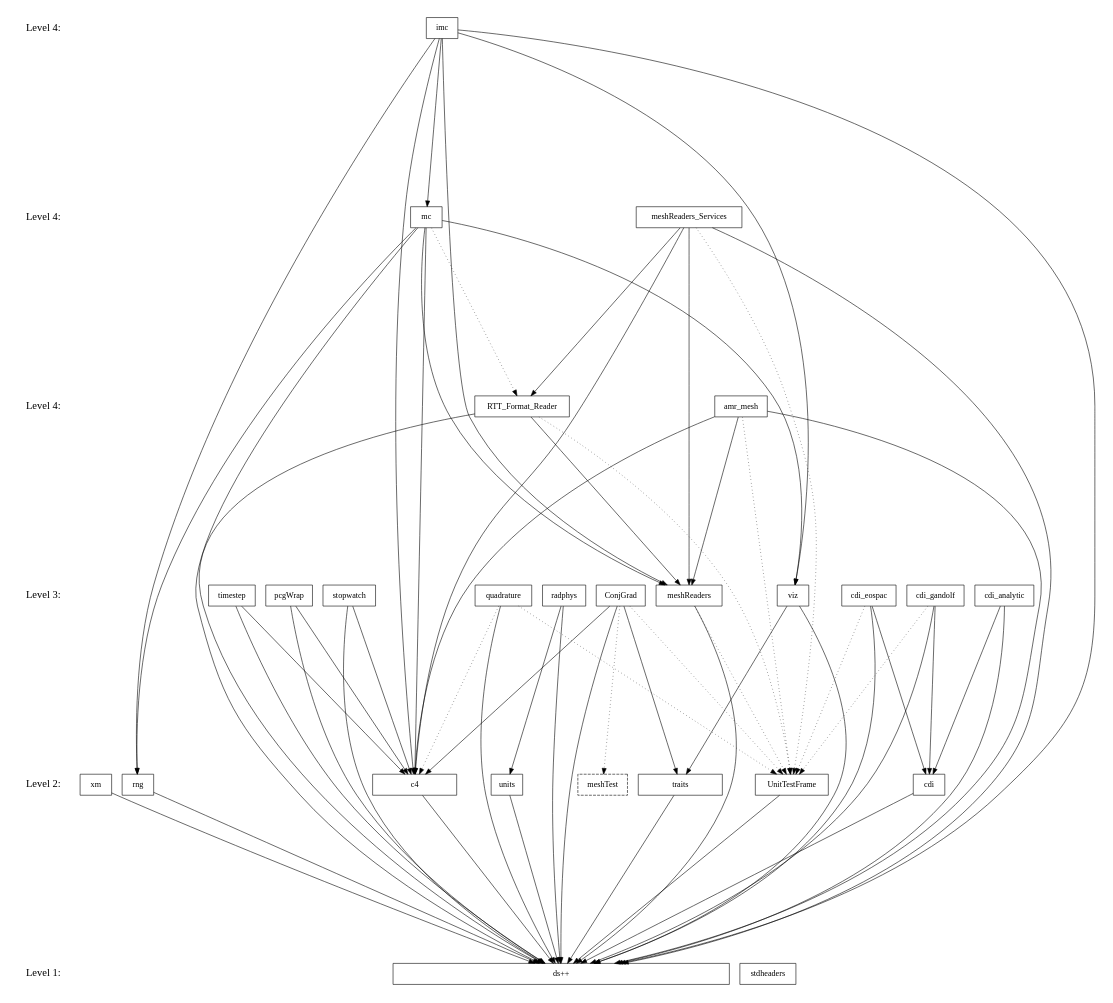
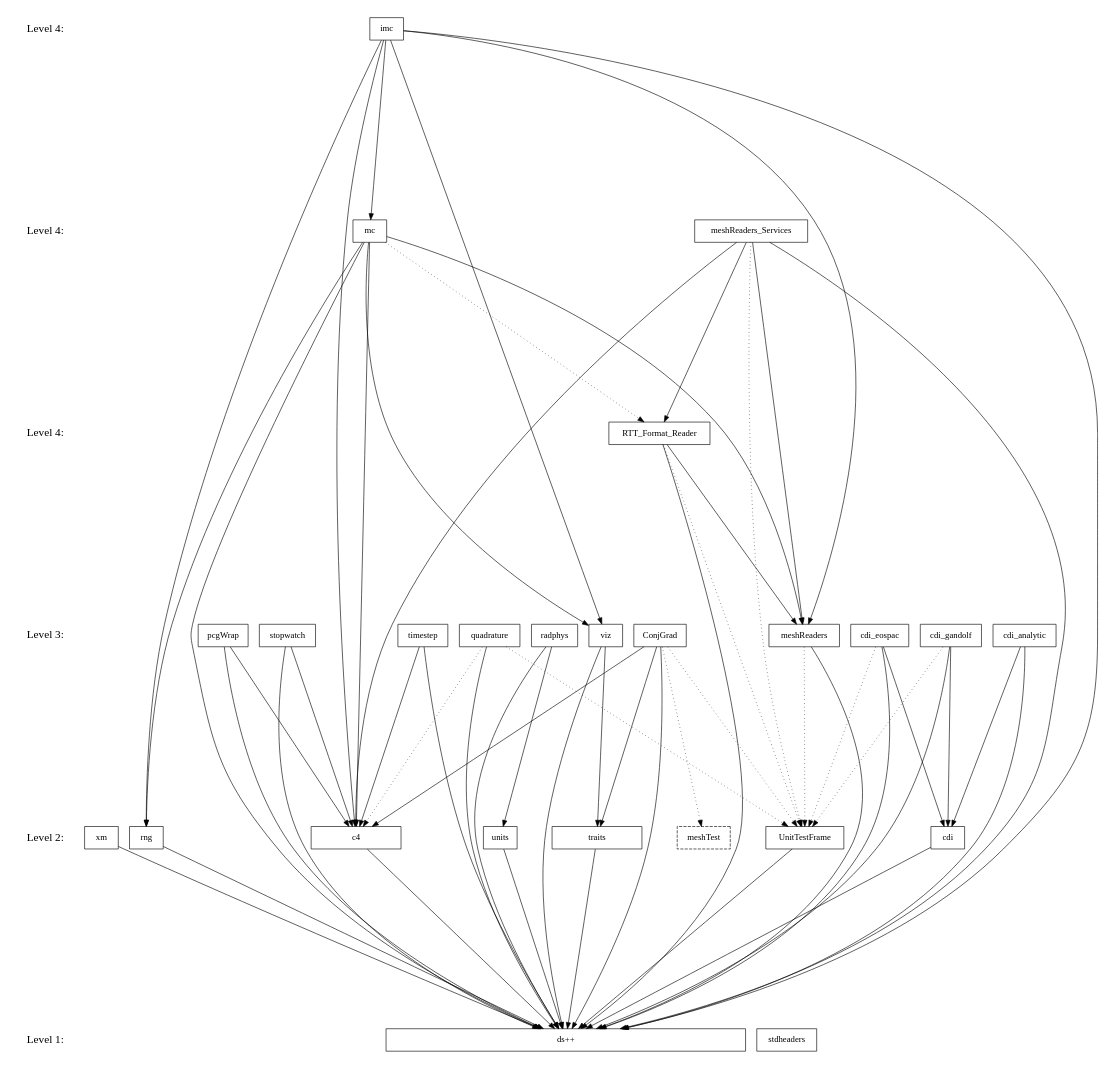
One commit to losalamos/Draco changed the diagram in doc/design/level.dot. Above: the diagram before and after it, drawn with Graphviz. The commit also changed other lines of this file and 1 other file, not shown here.

Commit message:
Removed amr_mesh from levelization diagram.
QED

```diff
--- a/doc/design/level.dot
+++ b/doc/design/level.dot
@@ -1,110 +1,107 @@
 digraph draco_level {
     /* graph attributes */
     center=1;
     size="7.5,10";
     ranksep=4;
     
     /* levels */
     level1 [shape=plaintext, label="Level 1:", fontsize=18];
     level2 [shape=plaintext, label="Level 2:", fontsize=18];
     level3 [shape=plaintext, label="Level 3:", fontsize=18];
     level4 [shape=plaintext, label="Level 4:", fontsize=18];
     level5 [shape=plaintext, label="Level 4:", fontsize=18];
     level6 [shape=plaintext, label="Level 4:", fontsize=18];
     
     level6 -> level5 -> level4 -> level3 -> level2 -> level1 [style=invis];
     
     /* packages */
     
     /* level 1 */
     dsxx [shape=box, label="ds++", width=8];
     stdheaders [shape=box, label="stdheaders"];
     
     /* level 2 */
     traits [shape=box, label="traits" width=2];
     xm [shape=box, label="xm"];
     c4 [shape=box, label="c4", width=2];
     rng [shape=box, label="rng"];
     units [shape=box, label="units"];
     frame [shape=box, label="UnitTestFrame"];
     cdi [shape=box, label="cdi"];
     
     meshtest [shape=box, label="meshTest", style=dashed];
     
     /* level 3 */
     viz [shape=box, label="viz"];
     radphys [shape=box, label="radphys"];
     timestep [shape=box, label="timestep"];
     quad [shape=box, label="quadrature"];
     meshread [shape=box, label="meshReaders"];
     cdianal [shape=box, label="cdi_analytic"];
     cdieos [shape=box, label="cdi_eospac"];
     cdigan [shape=box, label="cdi_gandolf"];
     conjgrad [shape=box, label="ConjGrad"];
     pcg [shape=box, label="pcgWrap"];
     stop [shape=box, label="stopwatch"];
     
     /* level 4 */
     rttread [shape=box, label="RTT_Format_Reader"];
-    amrmesh [shape=box, label="amr_mesh"];
 
     /* level 5 */
     mc [shape=box, label="mc"];
     meshservice [shape=box, label="meshReaders_Services"];
 
     /* level 6 */
     imc [shape=box, label="imc"];
     
     /* dependencies */
     {rank=same; level1 stdheaders dsxx};
     {rank=same; level2 traits xm c4 rng units frame cdi};
     {rank=same; level3 viz radphys timestep quad meshread cdianal cdieos cdigan conjgrad pcg stop};
-    {rank=same; level4 rttread amrmesh};
+    {rank=same; level4 rttread};
     {rank=same; level5 mc meshservice};
     {rank=same; level6 imc};
     
     /* draco packages */
     
     /* level 2 */
     xm          -> {dsxx};
     units       -> {dsxx};
     traits      -> {dsxx};
     c4          -> {dsxx};
     frame       -> {dsxx};
     rng         -> {dsxx};
     cdi         -> {dsxx};
     
     
     /* level 3 */
     viz         -> {traits dsxx};
     timestep    -> {c4 dsxx};
     stop        -> {c4 dsxx};
     radphys     -> {units dsxx};
     pcg         -> {c4 dsxx};
     cdianal     -> {cdi dsxx};
     meshread    -> {dsxx};
     meshread    -> {frame} [style=dotted];
     cdieos      -> {cdi dsxx};
     cdieos      -> {frame} [style=dotted];
     cdigan      -> {cdi dsxx};
     cdigan      -> {frame} [style=dotted];
     conjgrad    -> {traits c4 dsxx};
     conjgrad    -> {frame meshtest} [style=dotted];
     quad        -> {dsxx};
     quad        -> {c4 frame} [style=dotted];
 
     /* level 4 */
     rttread     -> {meshread dsxx};
     rttread     -> {frame} [style=dotted];
-    amrmesh     -> {meshread c4 dsxx};
-    amrmesh     -> {frame} [style=dotted];
 
     /* level 5 */
     mc          -> {viz meshread rng c4 dsxx};
     mc          -> {rttread} [style=dotted];
     meshservice -> {rttread meshread c4 dsxx};
     meshservice -> {frame} [style=dotted];
 
     /* level 6 */
     imc         -> {mc viz meshread rng c4 dsxx};
 }
```
